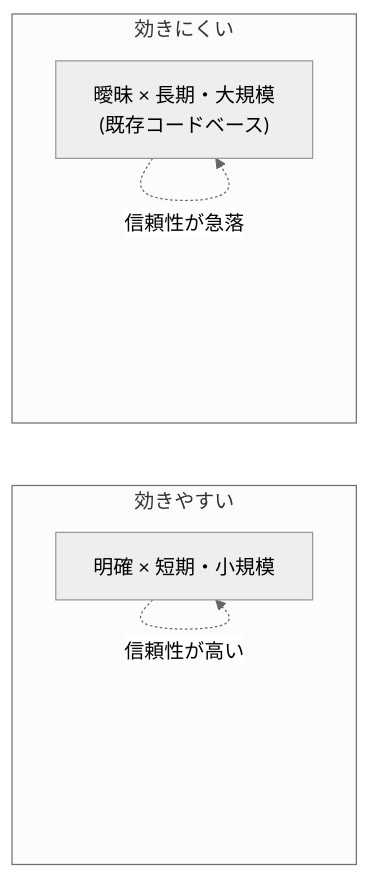
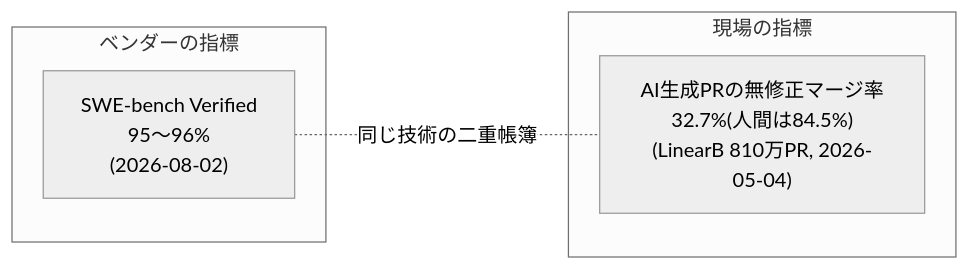
One commit to Takenori-Kusaka/process-compass changed the diagram in src/content/docs/phase2-aidlc/agentic-development.md. Above: the diagram before and after it, drawn with Mermaid (neutral theme). The commit also changed other lines of this file and 2 other files, not shown here.

````diff
--- a/src/content/docs/phase2-aidlc/agentic-development.md
+++ b/src/content/docs/phase2-aidlc/agentic-development.md
@@ -65,11 +105,10 @@
 ```mermaid
 graph LR
-  subgraph 効きやすい
-    A["明確 × 短期・小規模"]
+  subgraph ベンダーの指標
+    A["SWE-bench Verified<br>95〜96%<br>(2026-08-02)"]
   end
-  subgraph 効きにくい
-    B["曖昧 × 長期・大規模<br>(既存コードベース)"]
+  subgraph 現場の指標
+    B["AI生成PRの無修正マージ率<br>32.7%(人間は84.5%)<br>(LinearB 810万PR, 2026-05-04)"]
   end
-  A -.信頼性が高い.-> A
-  B -.信頼性が急落.-> B
+  A -.同じ技術の二重帳簿.- B
 ```
````
